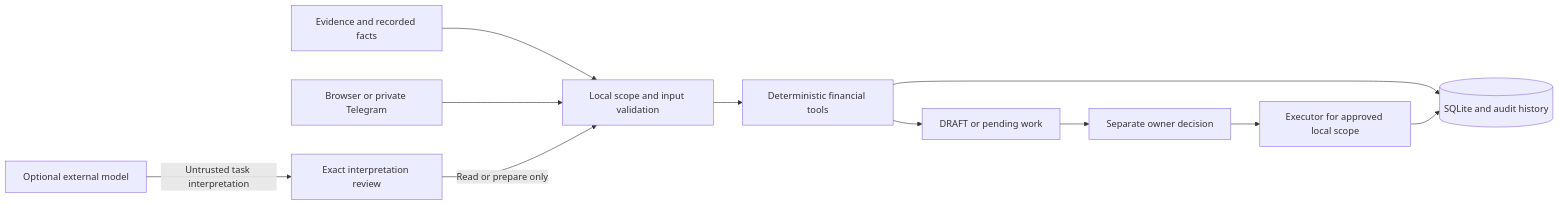
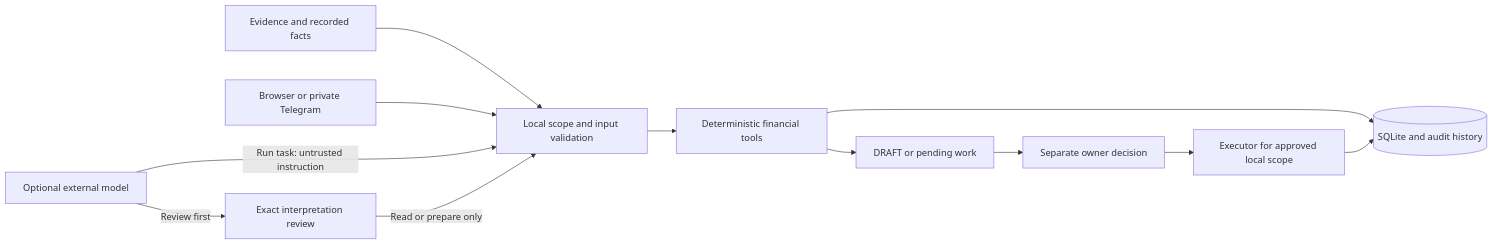
The diagram in README.md (ShahadatTest/fluxora), drawn with Mermaid before and after one commit. The commit also changed other lines of this file and 26 other files, not shown here.

````diff
--- a/README.md
+++ b/README.md
@@ -164,13 +166,14 @@
 ```mermaid
 flowchart LR
     E[Evidence and recorded facts] --> V[Local scope and input validation]
     B[Browser or private Telegram] --> V
-    M[Optional external model] -->|Untrusted task interpretation| R[Exact interpretation review]
+    M[Optional external model] -->|Run task: untrusted instruction| V
+    M -->|Review first| R[Exact interpretation review]
     R -->|Read or prepare only| V
     V --> F[Deterministic financial tools]
     F --> D[DRAFT or pending work]
     D --> O[Separate owner decision]
     O --> X[Executor for approved local scope]
     F --> S[(SQLite and audit history)]
     X --> S
 ```
````
